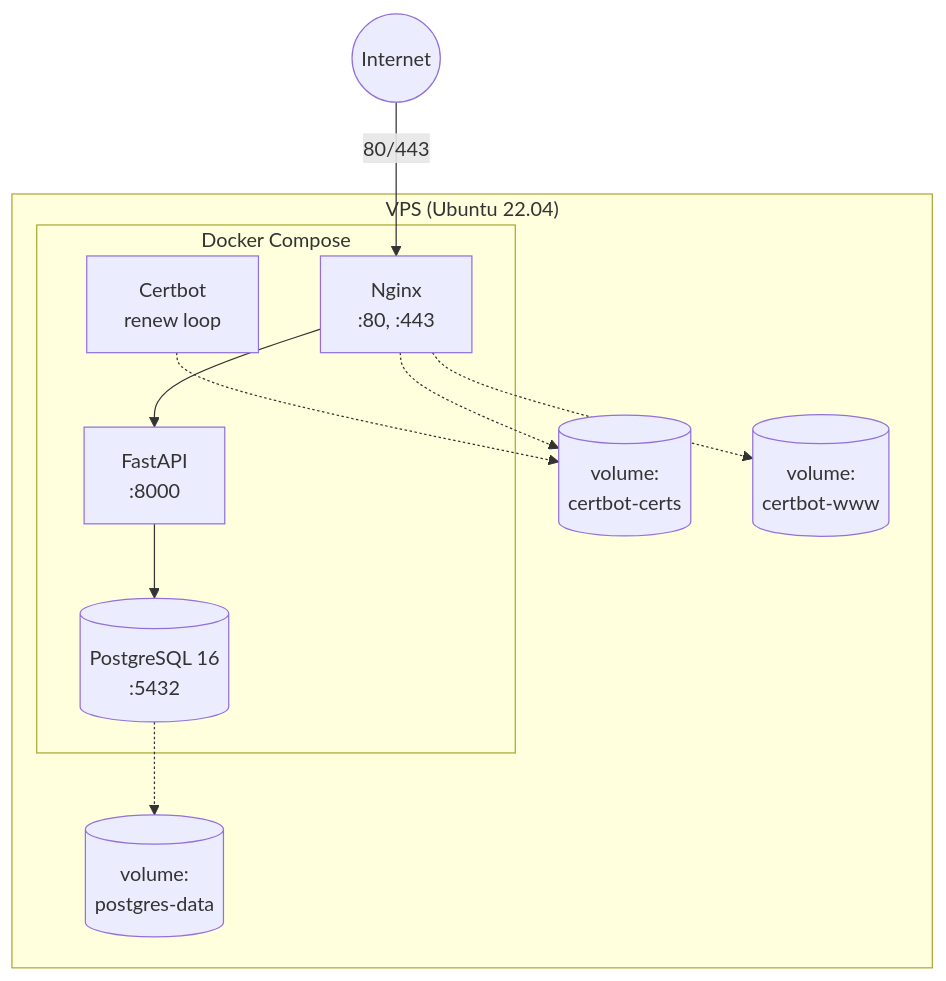
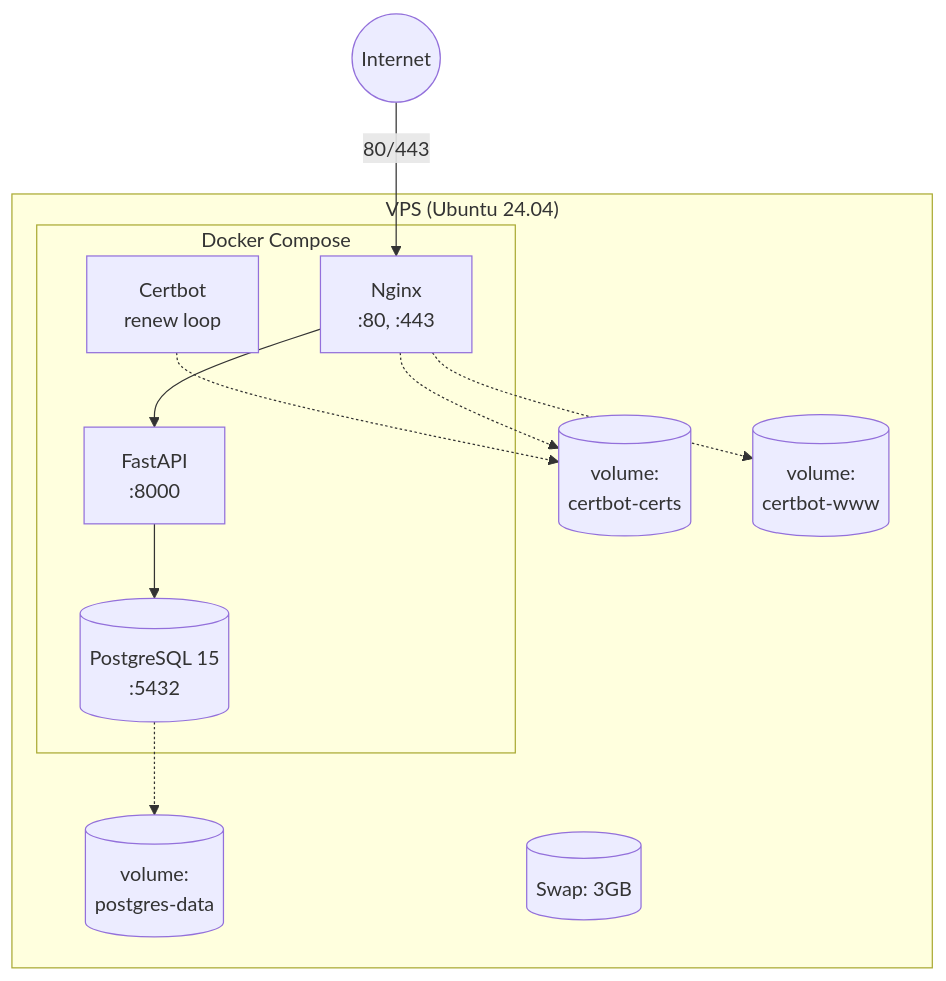
One commit to VladimirTravkin/tg-shop-miniapp changed the fifth of 5 diagrams in docs/ARCHITECTURE.ru.md. Above: the diagram before and after it, drawn with Mermaid. The commit also changed other lines of this file and 9 other files, not shown here.

Commit message:
fix: sync production fixes, add telegram widget auth, update architecture docs

````diff
--- a/docs/ARCHITECTURE.ru.md
+++ b/docs/ARCHITECTURE.ru.md
@@ -353,21 +232,22 @@
 ```mermaid
 flowchart TB
-    subgraph VPS["VPS (Ubuntu 22.04)"]
+    subgraph VPS["VPS (Ubuntu 24.04)"]
         subgraph Docker["Docker Compose"]
             N[Nginx<br/>:80, :443]
             F[FastAPI<br/>:8000]
-            DB[(PostgreSQL 16<br/>:5432)]
+            DB[(PostgreSQL 15<br/>:5432)]
             CB[Certbot<br/>renew loop]
         end
         V1[(volume:<br/>postgres-data)]
         V2[(volume:<br/>certbot-certs)]
         V3[(volume:<br/>certbot-www)]
+        SW[(Swap: 3GB)]
     end
     N --> F
     F --> DB
     DB -.-> V1
     CB -.-> V2
     N -.-> V2
     N -.-> V3
     Internet((Internet)) -->|80/443| N
 ```
````
